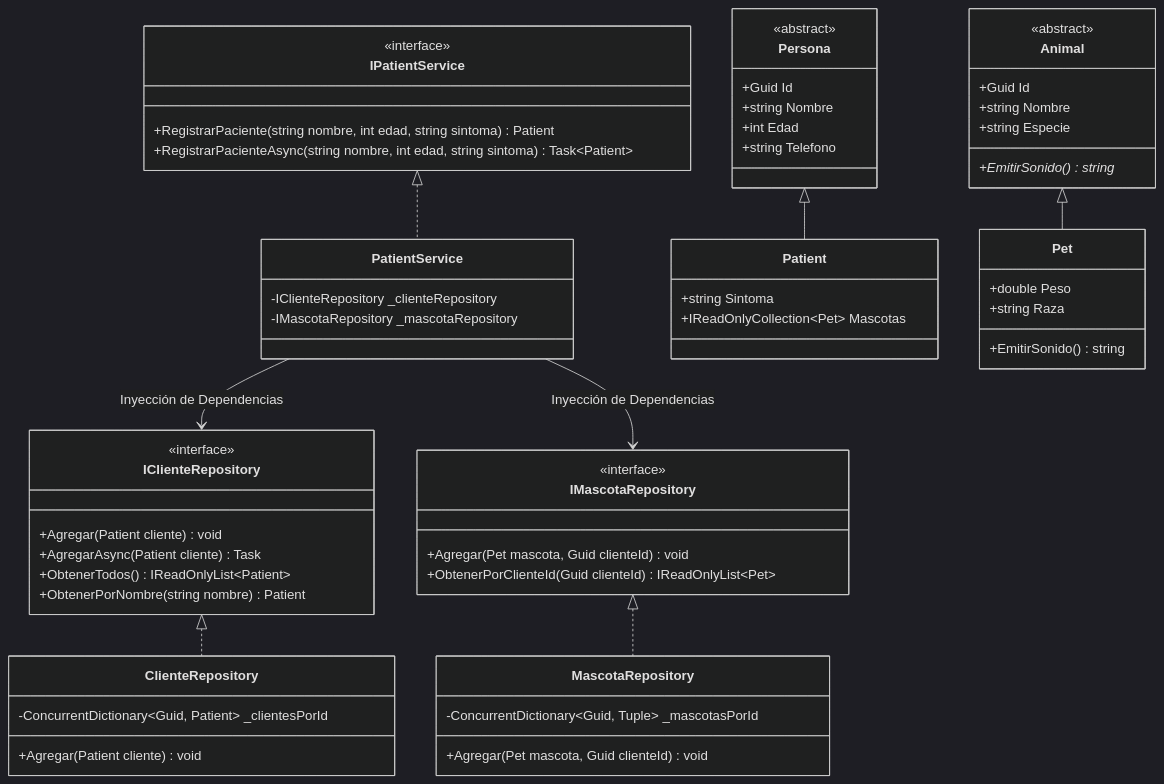
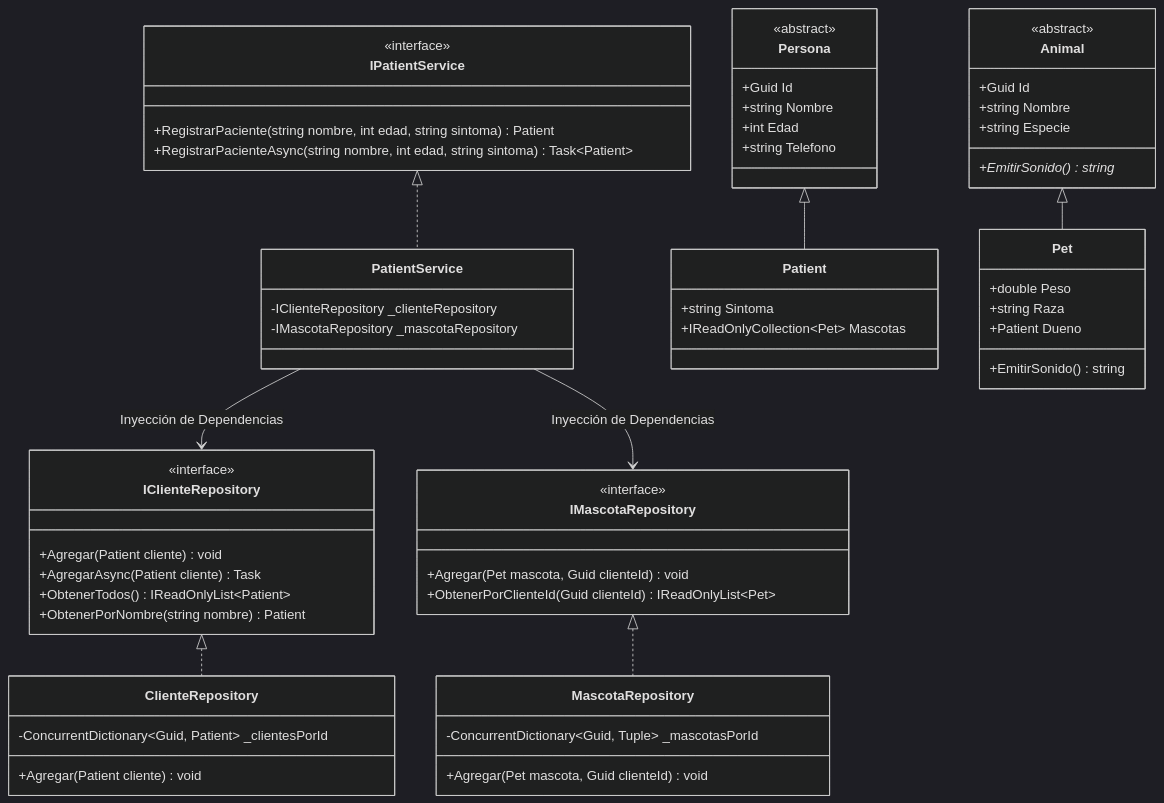
Before and after one commit to Esthercita-Factory/artyomalvarez-VeterinaryClinicSystem: the diagram in README.md, drawn with Mermaid (dark theme). The commit also changed 8 other files, not shown here.

````diff
--- a/README.md
+++ b/README.md
@@ -6,72 +6,73 @@
 ```mermaid
 classDiagram
     class IClienteRepository {
         <<interface>>
         +Agregar(Patient cliente) void
         +AgregarAsync(Patient cliente) Task
         +ObtenerTodos() IReadOnlyList~Patient~
         +ObtenerPorNombre(string nombre) Patient
     }
 
     class IMascotaRepository {
         <<interface>>
         +Agregar(Pet mascota, Guid clienteId) void
         +ObtenerPorClienteId(Guid clienteId) IReadOnlyList~Pet~
     }
 
     class ClienteRepository {
         -ConcurrentDictionary~Guid, Patient~ _clientesPorId
         +Agregar(Patient cliente) void
     }
 
     class MascotaRepository {
         -ConcurrentDictionary~Guid, Tuple~ _mascotasPorId
         +Agregar(Pet mascota, Guid clienteId) void
     }
 
     class IPatientService {
         <<interface>>
         +RegistrarPaciente(string nombre, int edad, string sintoma) Patient
         +RegistrarPacienteAsync(string nombre, int edad, string sintoma) Task~Patient~
     }
 
     class PatientService {
         -IClienteRepository _clienteRepository
         -IMascotaRepository _mascotaRepository
     }
 
     class Persona {
         <<abstract>>
         +Guid Id
         +string Nombre
         +int Edad
         +string Telefono
     }
 
     class Animal {
         <<abstract>>
         +Guid Id
         +string Nombre
         +string Especie
         +EmitirSonido()* string
     }
 
     class Patient {
         +string Sintoma
         +IReadOnlyCollection~Pet~ Mascotas
     }
 
     class Pet {
         +double Peso
         +string Raza
+        +Patient Dueno
         +EmitirSonido() string
     }
 
     IClienteRepository <|.. ClienteRepository
     IMascotaRepository <|.. MascotaRepository
     IPatientService <|.. PatientService
     PatientService --> IClienteRepository : Inyección de Dependencias
     PatientService --> IMascotaRepository : Inyección de Dependencias
     Persona <|-- Patient
     Animal <|-- Pet
 ```
````
